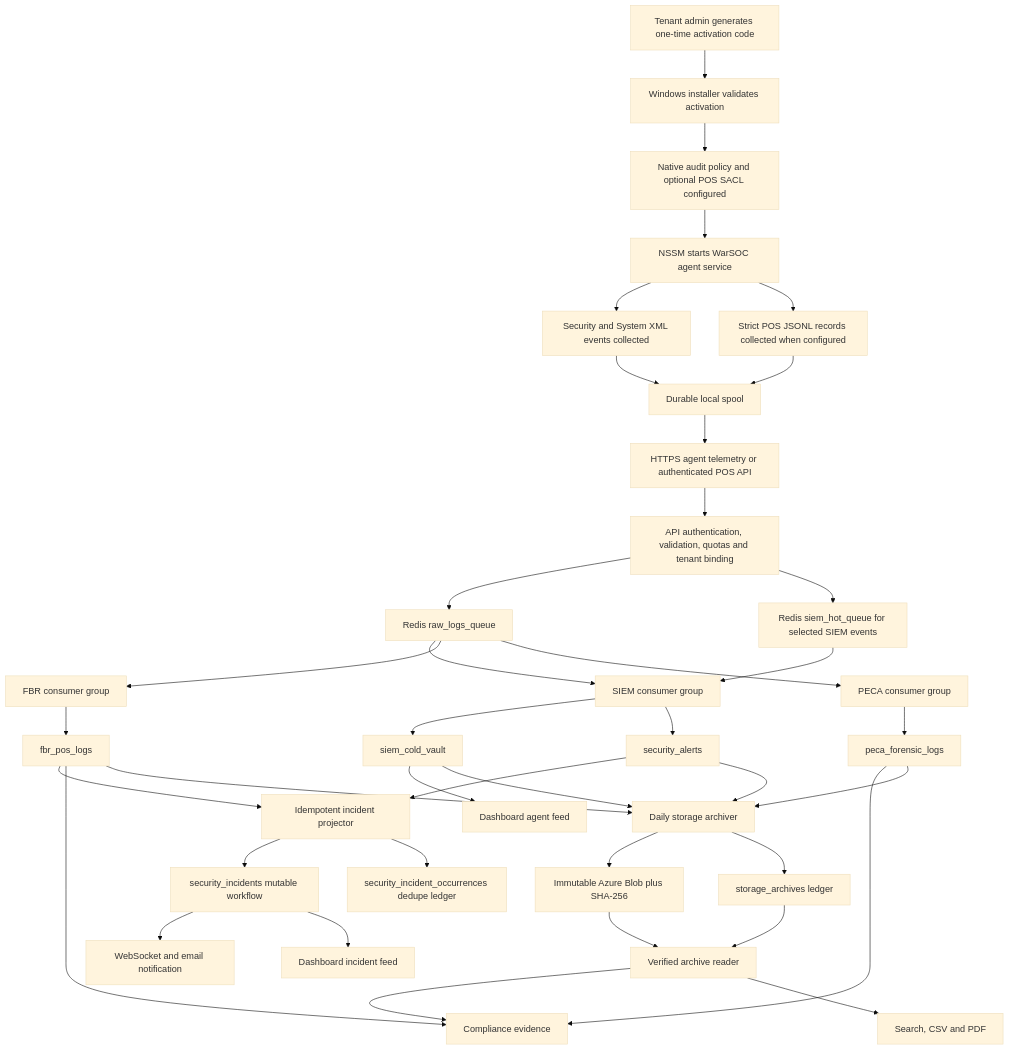
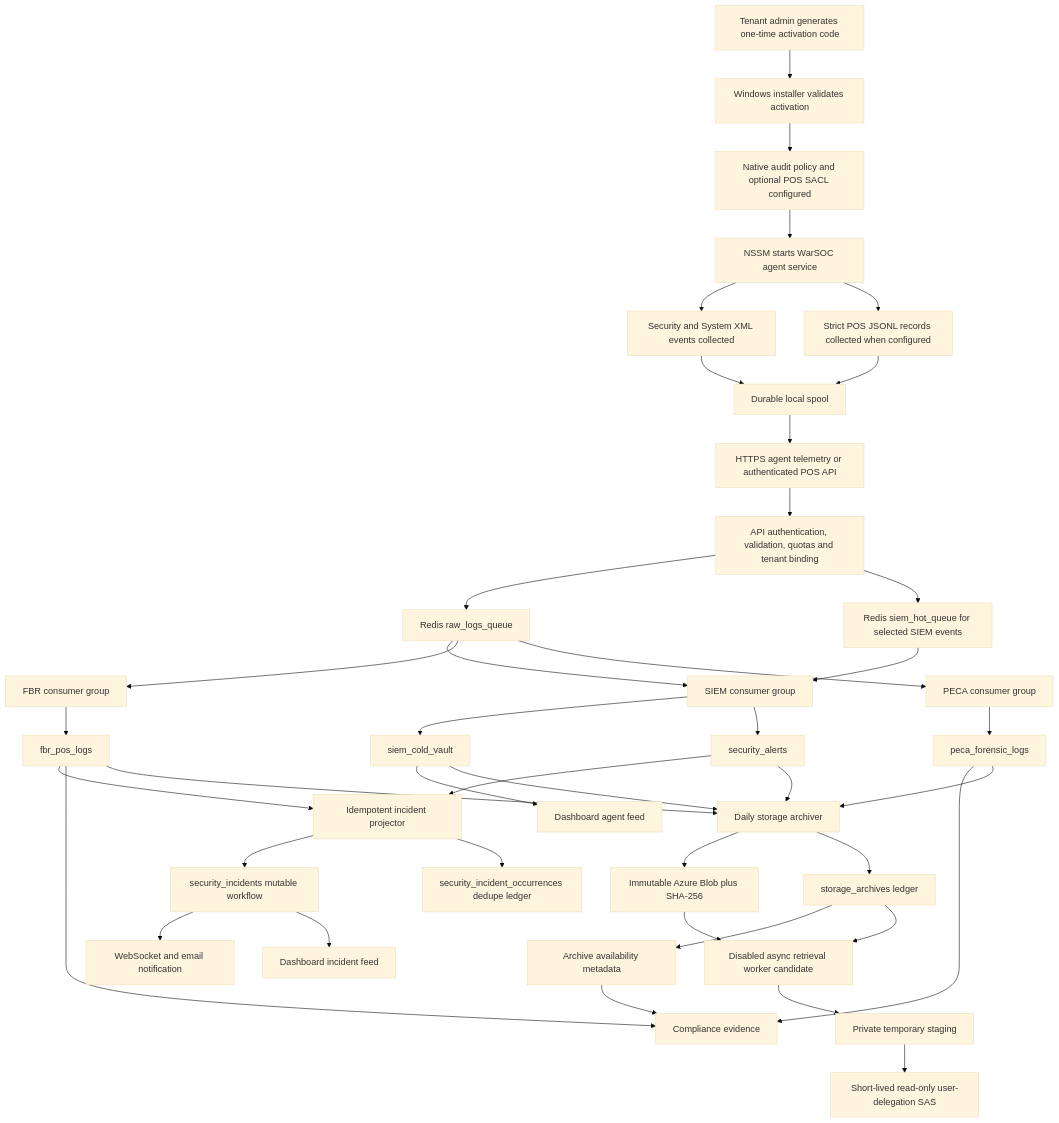
The first of 3 diagrams in docs/WARSOC_CURRENT_STATE_ARCHITECTURE.md (SHADABMUSHTAQ/Startup), drawn with Mermaid (base theme) before and after one commit. The commit also changed other lines of this file and 17 other files, not shown here.

Commit message:
Document WarSOC scope architecture and release plan

````diff
--- a/docs/WARSOC_CURRENT_STATE_ARCHITECTURE.md
+++ b/docs/WARSOC_CURRENT_STATE_ARCHITECTURE.md
@@ -79,41 +200,43 @@
 ```mermaid
 flowchart TD
     A["Tenant admin generates one-time activation code"] --> B["Windows installer validates activation"]
     B --> C["Native audit policy and optional POS SACL configured"]
     C --> D["NSSM starts WarSOC agent service"]
     D --> E["Security and System XML events collected"]
     D --> F["Strict POS JSONL records collected when configured"]
     E --> G["Durable local spool"]
     F --> G
     G --> H["HTTPS agent telemetry or authenticated POS API"]
     H --> I["API authentication, validation, quotas and tenant binding"]
     I --> J["Redis raw_logs_queue"]
     I --> K["Redis siem_hot_queue for selected SIEM events"]
     J --> L["SIEM consumer group"]
     K --> L
     J --> M["FBR consumer group"]
     J --> N["PECA consumer group"]
     L --> O["siem_cold_vault"]
     L --> P["security_alerts"]
     M --> Q["fbr_pos_logs"]
     N --> R["peca_forensic_logs"]
     P --> PI["Idempotent incident projector"]
     Q --> PI
     PI --> INC["security_incidents mutable workflow"]
     PI --> OCC["security_incident_occurrences dedupe ledger"]
     INC --> S["WebSocket and email notification"]
     O --> T["Dashboard agent feed"]
     INC --> U["Dashboard incident feed"]
     Q --> V["Compliance evidence"]
     R --> V
     O --> W["Daily storage archiver"]
     P --> W
     Q --> W
     R --> W
     W --> X["Immutable Azure Blob plus SHA-256"]
     W --> Y["storage_archives ledger"]
-    X --> Z["Verified archive reader"]
-    Y --> Z
-    Z --> V
-    Z --> AA["Search, CSV and PDF"]
+    Y --> AM["Archive availability metadata"]
+    AM --> V
+    X --> RW["Disabled async retrieval worker candidate"]
+    Y --> RW
+    RW --> ST["Private temporary staging"]
+    ST --> SAS["Short-lived read-only user-delegation SAS"]
 ```
````
